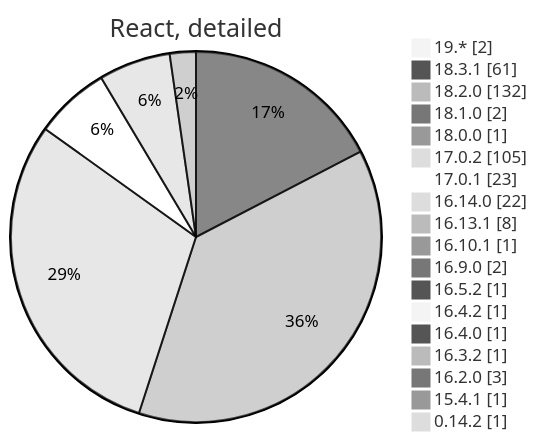
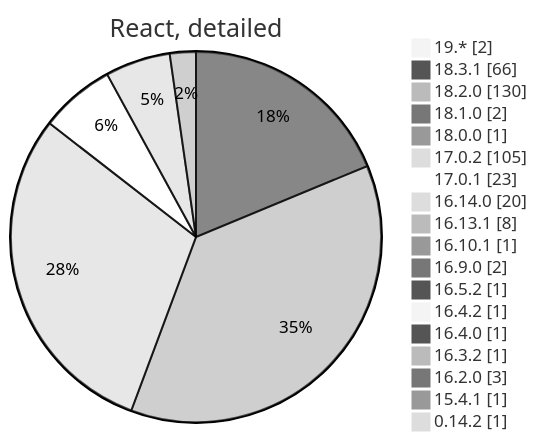
One commit to Bellfalasch/frontend-forum changed the third of 3 diagrams in slides.md. Above: the diagram before and after it, drawn with Mermaid (neutral theme). The commit also changed other lines of this file, not shown here.

````diff
--- a/slides.md
+++ b/slides.md
@@ -130,21 +142,21 @@
 ```mermaid
 pie showData title React, detailed
     "19.*" : 2
-    "18.3.1" : 61
-    "18.2.0" : 132
+    "18.3.1" : 66
+    "18.2.0" : 130
     "18.1.0" : 2
     "18.0.0" : 1
     "17.0.2" : 105
     "17.0.1" : 23
-    "16.14.0" : 22
+    "16.14.0" : 20
     "16.13.1" : 8
     "16.10.1" : 1
     "16.9.0" : 2
     "16.5.2" : 1
     "16.4.2" : 1
     "16.4.0" : 1
     "16.3.2" : 1
     "16.2.0" : 3
     "15.4.1" : 1
     "0.14.2" : 1
 ```
````
